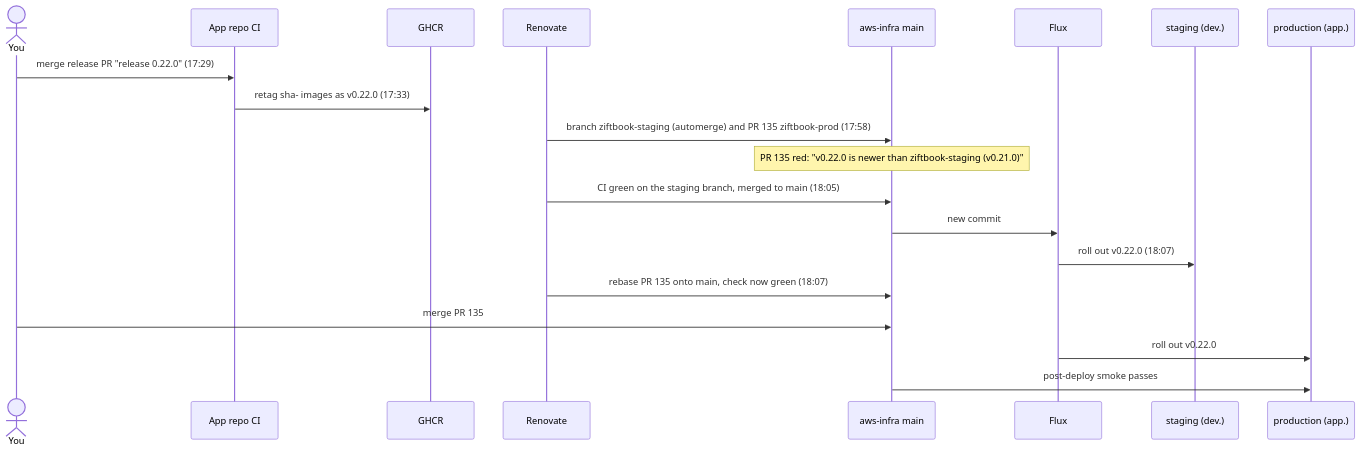
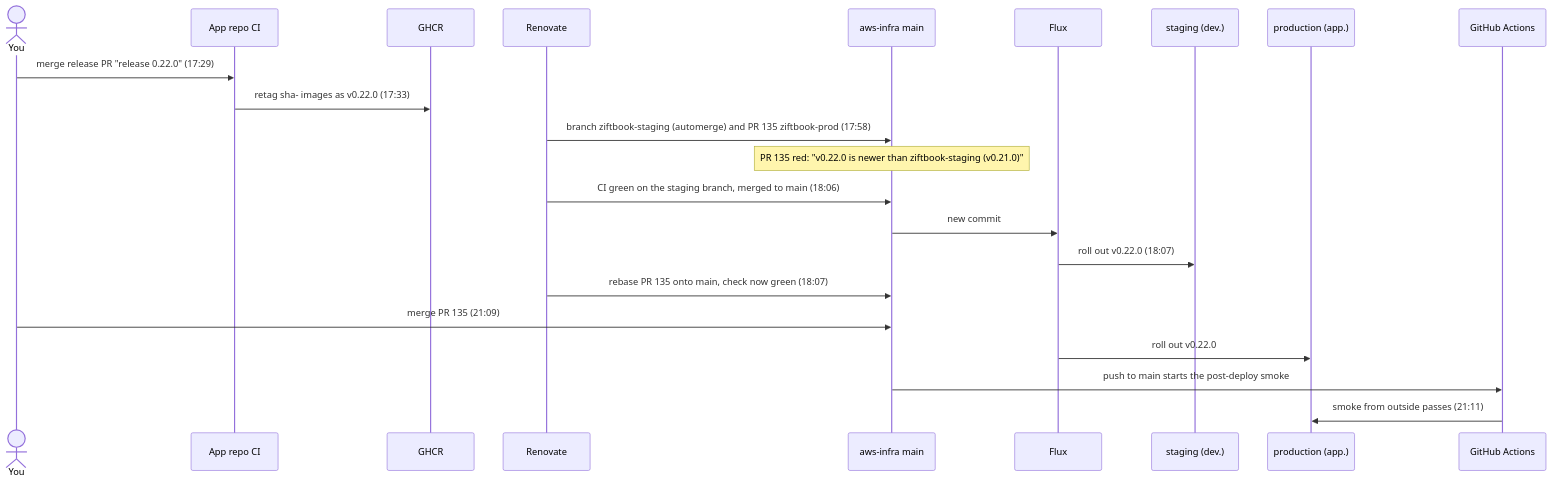
The second of 2 diagrams in docs/release-flow.md (fjcloudaiconsulting/aws-infra), drawn with Mermaid before and after one commit. The commit also changed other lines of this file and 1 other file, not shown here.

Commit message:
docs: fold release-flow review (TBD prod branch, timings, smoke scope, links) (INFRA-141)

````diff
--- a/docs/release-flow.md
+++ b/docs/release-flow.md
@@ -61,23 +65,25 @@
 ```mermaid
 sequenceDiagram
     actor You
     participant App as App repo CI
     participant GHCR
     participant Ren as Renovate
     participant Infra as aws-infra main
     participant Flux
     participant Stg as staging (dev.)
     participant Prod as production (app.)
+    participant GHA as GitHub Actions
 
     You->>App: merge release PR "release 0.22.0" (17:29)
     App->>GHCR: retag sha- images as v0.22.0 (17:33)
     Ren->>Infra: branch ziftbook-staging (automerge) and PR 135 ziftbook-prod (17:58)
     Note over Infra: PR 135 red: "v0.22.0 is newer than ziftbook-staging (v0.21.0)"
-    Ren->>Infra: CI green on the staging branch, merged to main (18:05)
+    Ren->>Infra: CI green on the staging branch, merged to main (18:06)
     Infra->>Flux: new commit
     Flux->>Stg: roll out v0.22.0 (18:07)
     Ren->>Infra: rebase PR 135 onto main, check now green (18:07)
-    You->>Infra: merge PR 135
+    You->>Infra: merge PR 135 (21:09)
     Flux->>Prod: roll out v0.22.0
-    Infra->>Prod: post-deploy smoke passes
+    Infra->>GHA: push to main starts the post-deploy smoke
+    GHA->>Prod: smoke from outside passes (21:11)
 ```
````
